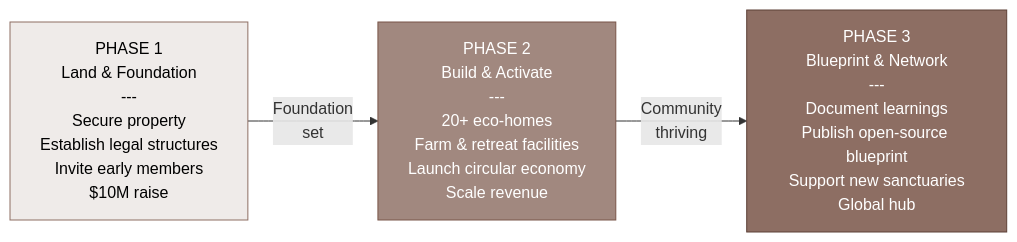
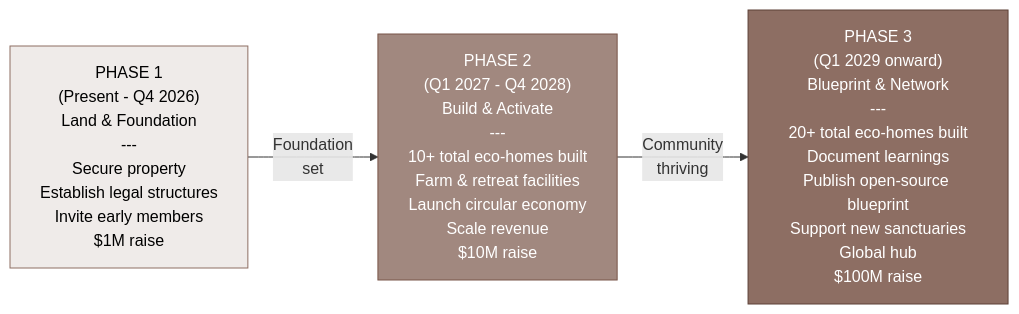
The fifth of 6 diagrams in unified-sanctuaries/EXECUTIVE-SUMMARY.md (Light-Brands/sydney), drawn with Mermaid before and after one commit. The commit also changed other lines of this file, not shown here.

````diff
--- a/unified-sanctuaries/EXECUTIVE-SUMMARY.md
+++ b/unified-sanctuaries/EXECUTIVE-SUMMARY.md
@@ -197,15 +209,15 @@
 ```mermaid
 flowchart LR
-    P1["PHASE 1<br/>Land & Foundation<br/>---<br/>Secure property<br/>Establish legal structures<br/>Invite early members<br/>$10M raise"]
+    P1["PHASE 1<br/>(Present - Q4 2026)<br/>Land & Foundation<br/>---<br/>Secure property<br/>Establish legal structures<br/>Invite early members<br/>$1M raise"]
 
-    P2["PHASE 2<br/>Build & Activate<br/>---<br/>20+ eco-homes<br/>Farm & retreat facilities<br/>Launch circular economy<br/>Scale revenue"]
+    P2["PHASE 2<br/>(Q1 2027 - Q4 2028)<br/>Build & Activate<br/>---<br/>10+ total eco-homes built<br/>Farm & retreat facilities<br/>Launch circular economy<br/>Scale revenue<br/>$10M raise"]
 
-    P3["PHASE 3<br/>Blueprint & Network<br/>---<br/>Document learnings<br/>Publish open-source blueprint<br/>Support new sanctuaries<br/>Global hub"]
+    P3["PHASE 3<br/>(Q1 2029 onward)<br/>Blueprint & Network<br/>---<br/>20+ total eco-homes built<br/>Document learnings<br/>Publish open-source blueprint<br/>Support new sanctuaries<br/>Global hub<br/>$100M raise"]
 
     P1 -->|"Foundation<br/>set"| P2
     P2 -->|"Community<br/>thriving"| P3
 
     style P1 fill:#EFEBE9,stroke:#8D6E63,color:#000
     style P2 fill:#A1887F,stroke:#795548,color:#fff
     style P3 fill:#8D6E63,stroke:#5D4037,color:#fff
 ```
````
